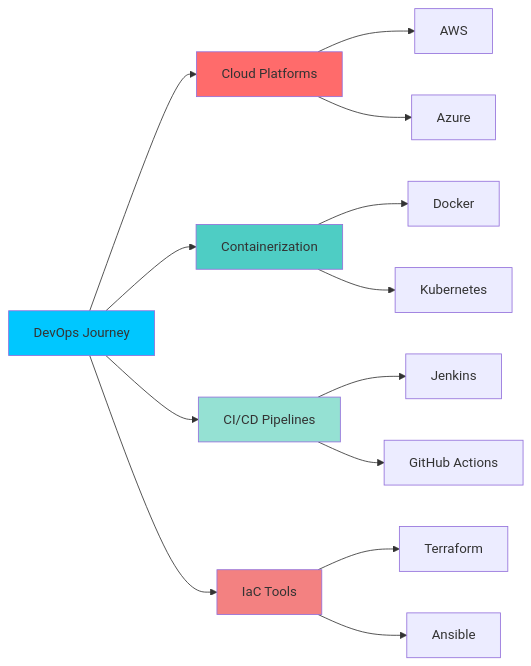
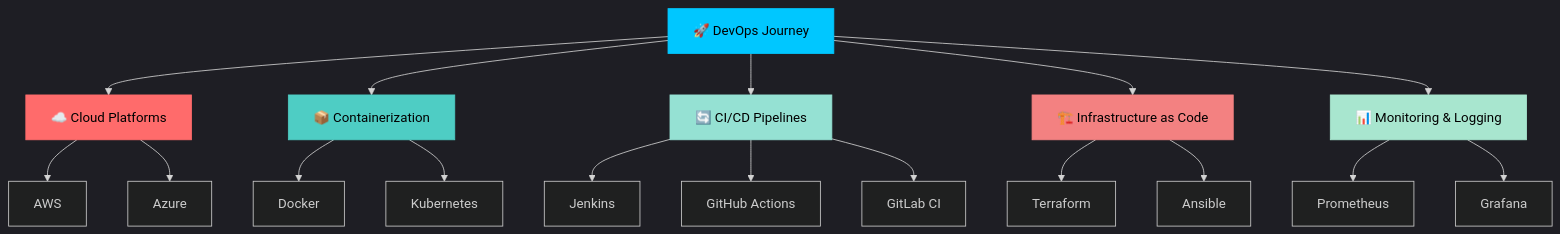
The diagram in README.md (rd1855/rd1855), drawn with Mermaid before and after one commit. The commit also changed other lines of this file, not shown here.

````diff
--- a/README.md
+++ b/README.md
@@ -189,21 +239,32 @@
 ```mermaid
-graph LR
-    A[DevOps Journey] --> B[Cloud Platforms]
-    A --> C[Containerization]
-    A --> D[CI/CD Pipelines]
-    A --> E[IaC Tools]
+%%{init: {'theme':'dark', 'themeVariables': { 'primaryColor':'#00C7FF', 'edgeLabelBackground':'#0D1117', 'tertiaryColor':'#1a1e22'}}}%%
+graph TB
+    A[🚀 DevOps Journey] --> B[☁️ Cloud Platforms]
+    A --> C[📦 Containerization]
+    A --> D[🔄 CI/CD Pipelines]
+    A --> E[🏗️ Infrastructure as Code]
+    A --> F[📊 Monitoring & Logging]
+    
     B --> B1[AWS]
     B --> B2[Azure]
+    
     C --> C1[Docker]
     C --> C2[Kubernetes]
+    
     D --> D1[Jenkins]
     D --> D2[GitHub Actions]
+    D --> D3[GitLab CI]
+    
     E --> E1[Terraform]
     E --> E2[Ansible]
     
-    style A fill:#00C7FF
-    style B fill:#FF6B6B
-    style C fill:#4ECDC4
-    style D fill:#95E1D3
-    style E fill:#F38181
+    F --> F1[Prometheus]
+    F --> F2[Grafana]
+    
+    style A fill:#00C7FF,stroke:#00C7FF,color:#000
+    style B fill:#FF6B6B,stroke:#FF6B6B,color:#000
+    style C fill:#4ECDC4,stroke:#4ECDC4,color:#000
+    style D fill:#95E1D3,stroke:#95E1D3,color:#000
+    style E fill:#F38181,stroke:#F38181,color:#000
+    style F fill:#A8E6CF,stroke:#A8E6CF,color:#000
 ```
````
